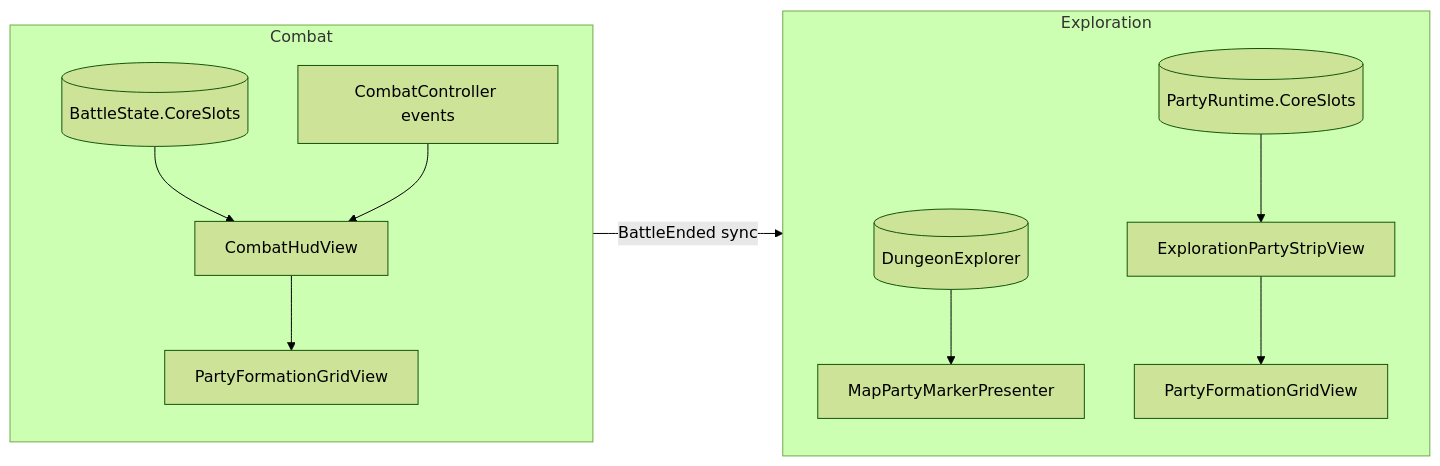
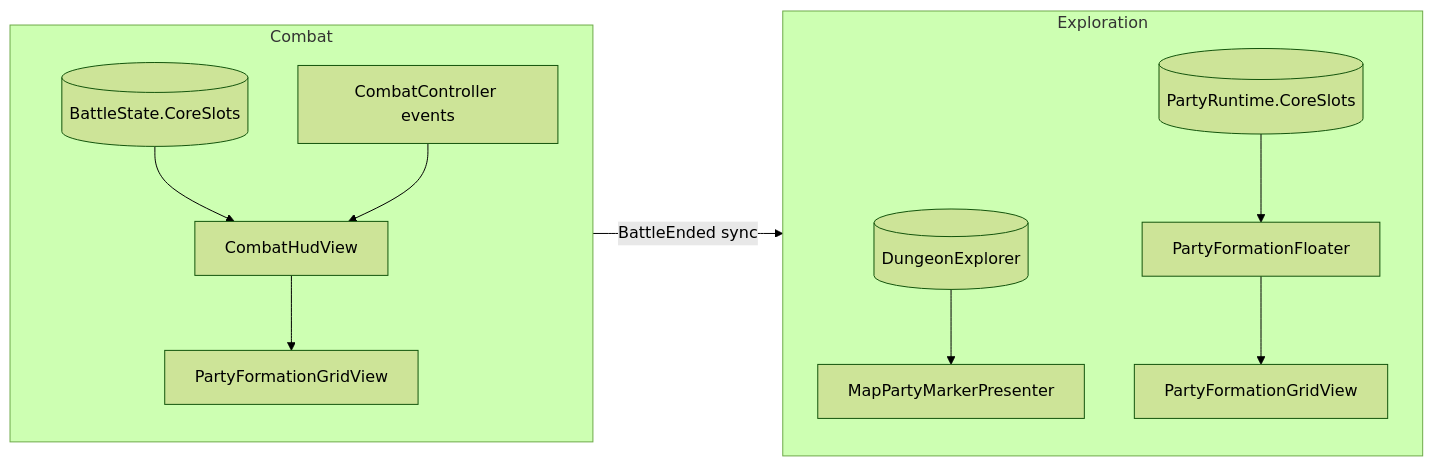
The first of 3 diagrams in docs/04-dev/custom-party-ui.md (miramocha/griddungeon-design-docs), drawn with Mermaid (forest theme) before and after one commit. The commit also changed other lines of this file and 4 other files, not shown here.

Commit message:
docs(ui): party floater facade and formation auto-engage on reveal

````diff
--- a/docs/04-dev/custom-party-ui.md
+++ b/docs/04-dev/custom-party-ui.md
@@ -24,20 +24,20 @@
 ```mermaid
 flowchart LR
   subgraph exploration [Exploration]
     PR[(PartyRuntime.CoreSlots)]
     DE[(DungeonExplorer)]
-    PR --> strip[ExplorationPartyStripView]
+    PR --> strip[PartyFormationFloater]
     DE --> map[MapPartyMarkerPresenter]
     strip --> PFGs[PartyFormationGridView]
   end
 
   subgraph combat [Combat]
     BS[(BattleState.CoreSlots)]
     CC[CombatController events]
     BS --> hud[CombatHudView]
     CC --> hud
     hud --> PFGc[PartyFormationGridView]
   end
 
   combat -->|BattleEnded sync| exploration
 ```
````
